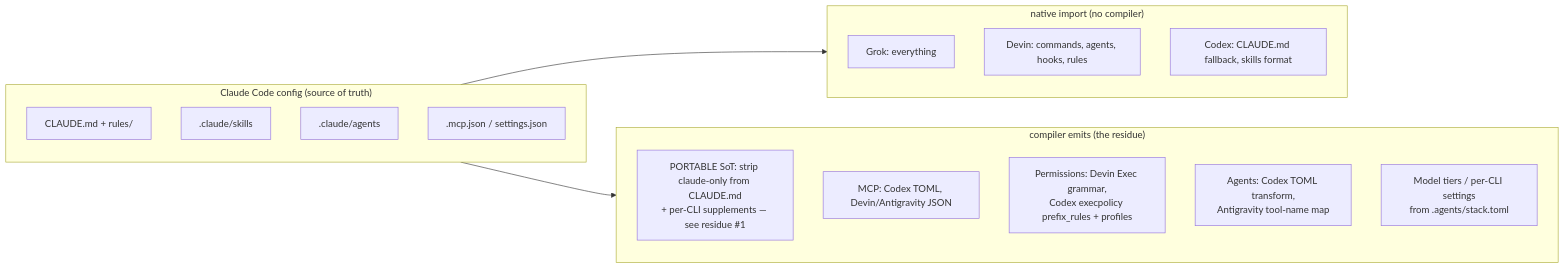
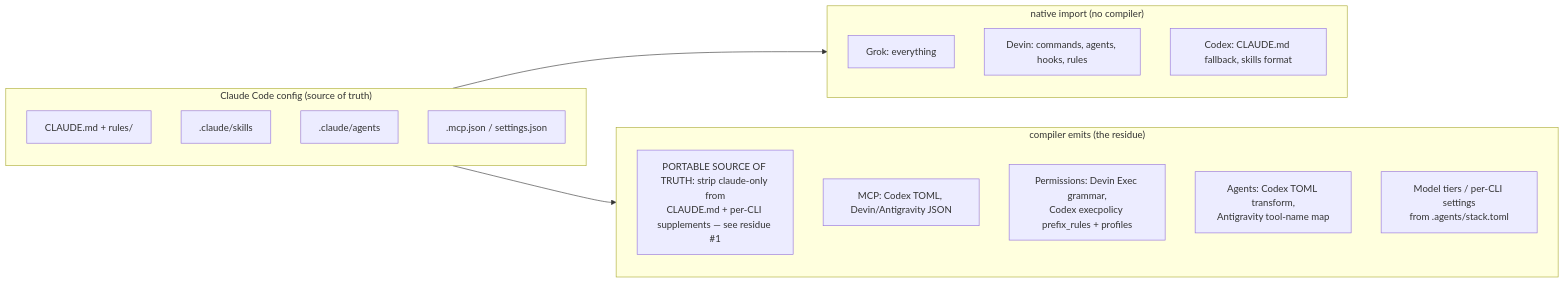
Before and after one commit to will-schaefer/nxtlvl-harness: the diagram in docs/reference/multi-cli-config-compat.md, drawn with Mermaid. The commit also changed other lines of this file and 4 other files, not shown here.

First line of the commit message:
docs(decisions): expand "SoT" to "source of truth" in ADR-028 and its references

````diff
--- a/docs/reference/multi-cli-config-compat.md
+++ b/docs/reference/multi-cli-config-compat.md
@@ -41,23 +41,23 @@
 ```mermaid
 flowchart LR
     subgraph SOURCE["Claude Code config (source of truth)"]
         C1[CLAUDE.md + rules/]
         C2[.claude/skills]
         C3[.claude/agents]
         C4[.mcp.json / settings.json]
     end
     subgraph NATIVE["native import (no compiler)"]
         G[Grok: everything]
         D1[Devin: commands, agents, hooks, rules]
         X1[Codex: CLAUDE.md fallback, skills format]
     end
     subgraph COMPILE["compiler emits (the residue)"]
-        F[PORTABLE SoT: strip claude-only from CLAUDE.md<br/>+ per-CLI supplements — see residue #1]
+        F[PORTABLE SOURCE OF TRUTH: strip claude-only from<br/>CLAUDE.md + per-CLI supplements — see residue #1]
         M[MCP: Codex TOML, Devin/Antigravity JSON]
         P[Permissions: Devin Exec grammar,<br/>Codex execpolicy prefix_rules + profiles]
         A[Agents: Codex TOML transform,<br/>Antigravity tool-name map]
         T[Model tiers / per-CLI settings<br/>from .agents/stack.toml]
     end
     SOURCE --> NATIVE
     SOURCE --> COMPILE
 ```
````
